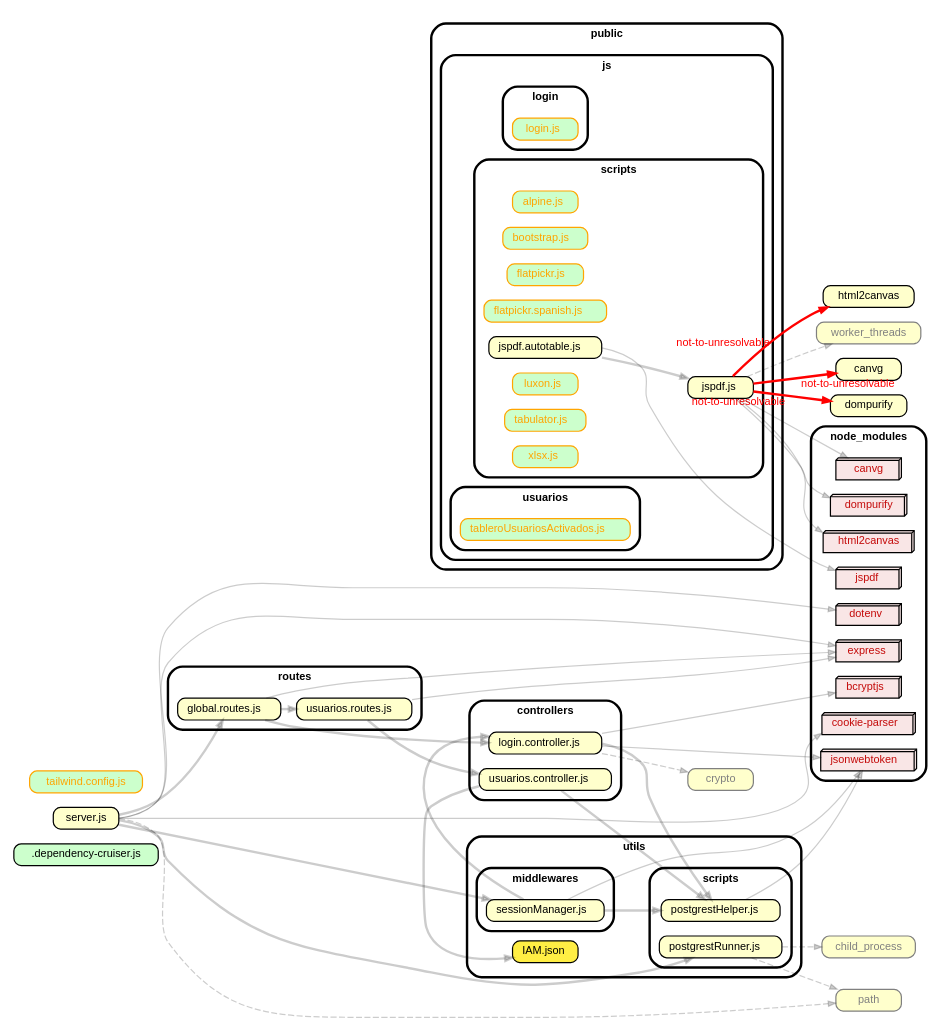
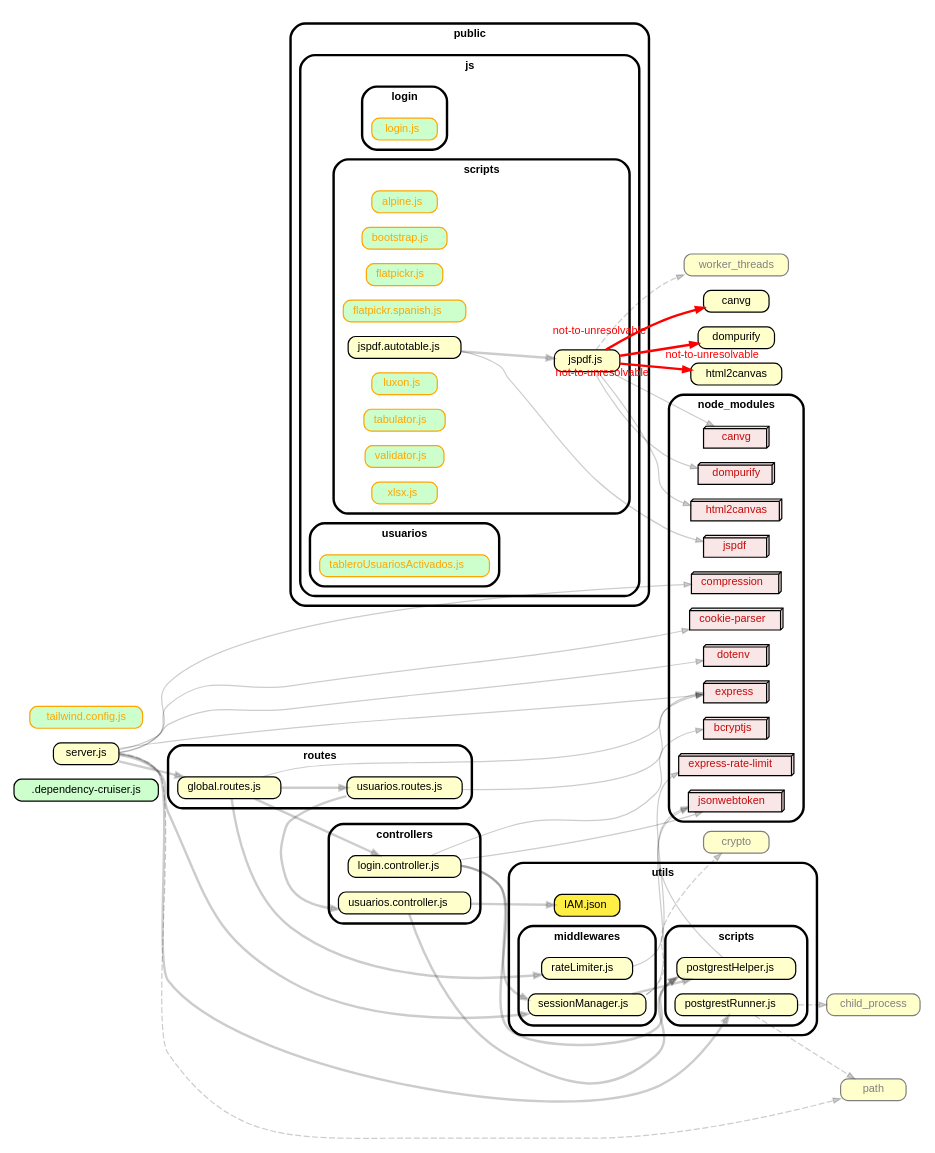
The diagram in docs/deps.dot (Sivoc-admon/Plataforma_RH), drawn with Graphviz before and after one commit. The commit also changed 14 other files, not shown here.

```diff
--- a/docs/deps.dot
+++ b/docs/deps.dot
@@ -1,77 +1,84 @@
 strict digraph "dependency-cruiser output"{
     rankdir="LR" splines="true" overlap="false" nodesep="0.16" ranksep="0.18" fontname="Helvetica-bold" fontsize="9" style="rounded,bold,filled" fillcolor="#ffffff" compound="true"
     node [shape="box" style="rounded, filled" height="0.2" color="black" fillcolor="#ffffcc" fontcolor="black" fontname="Helvetica" fontsize="9"]
     edge [arrowhead="normal" arrowsize="0.6" penwidth="2.0" color="#00000033" fontname="Helvetica" fontsize="9"]
 
     ".dependency-cruiser.js" [label=<.dependency-cruiser.js> tooltip=".dependency-cruiser.js" URL=".dependency-cruiser.js" fillcolor="#ccffcc"]
     "canvg" [label=<canvg> tooltip="canvg" ]
     "child_process" [label=<child_process> tooltip="child_process" URL="https://nodejs.org/api/child_process.html" color="grey" fontcolor="grey"]
     subgraph "cluster_controllers" {label="controllers" "controllers/login.controller.js" [label=<login.controller.js> tooltip="login.controller.js" URL="controllers/login.controller.js" ] }
+    "controllers/login.controller.js" -> "utils/middlewares/sessionManager.js"
     "controllers/login.controller.js" -> "utils/scripts/postgrestHelper.js"
     "controllers/login.controller.js" -> "node_modules/bcryptjs" [penwidth="1.0"]
-    "controllers/login.controller.js" -> "crypto" [style="dashed" penwidth="1.0"]
     "controllers/login.controller.js" -> "node_modules/jsonwebtoken" [penwidth="1.0"]
     subgraph "cluster_controllers" {label="controllers" "controllers/usuarios.controller.js" [label=<usuarios.controller.js> tooltip="usuarios.controller.js" URL="controllers/usuarios.controller.js" ] }
     "controllers/usuarios.controller.js" -> "utils/IAM.json"
     "controllers/usuarios.controller.js" -> "utils/scripts/postgrestHelper.js"
     "crypto" [label=<crypto> tooltip="crypto" URL="https://nodejs.org/api/crypto.html" color="grey" fontcolor="grey"]
     "dompurify" [label=<dompurify> tooltip="dompurify" ]
     "html2canvas" [label=<html2canvas> tooltip="html2canvas" ]
     subgraph "cluster_node_modules" {label="node_modules" "node_modules/bcryptjs" [label=<bcryptjs> tooltip="bcryptjs" URL="https://www.npmjs.com/package/bcryptjs" shape="box3d" fillcolor="#c40b0a1a" fontcolor="#c40b0a"] }
     subgraph "cluster_node_modules" {label="node_modules" "node_modules/canvg" [label=<canvg> tooltip="canvg" URL="https://www.npmjs.com/package/canvg" shape="box3d" fillcolor="#c40b0a1a" fontcolor="#c40b0a"] }
+    subgraph "cluster_node_modules" {label="node_modules" "node_modules/compression" [label=<compression> tooltip="compression" URL="https://www.npmjs.com/package/compression" shape="box3d" fillcolor="#c40b0a1a" fontcolor="#c40b0a"] }
     subgraph "cluster_node_modules" {label="node_modules" "node_modules/cookie-parser" [label=<cookie-parser> tooltip="cookie-parser" URL="https://www.npmjs.com/package/cookie-parser" shape="box3d" fillcolor="#c40b0a1a" fontcolor="#c40b0a"] }
     subgraph "cluster_node_modules" {label="node_modules" "node_modules/dompurify" [label=<dompurify> tooltip="dompurify" URL="https://www.npmjs.com/package/dompurify" shape="box3d" fillcolor="#c40b0a1a" fontcolor="#c40b0a"] }
     subgraph "cluster_node_modules" {label="node_modules" "node_modules/dotenv" [label=<dotenv> tooltip="dotenv" URL="https://www.npmjs.com/package/dotenv" shape="box3d" fillcolor="#c40b0a1a" fontcolor="#c40b0a"] }
     subgraph "cluster_node_modules" {label="node_modules" "node_modules/express" [label=<express> tooltip="express" URL="https://www.npmjs.com/package/express" shape="box3d" fillcolor="#c40b0a1a" fontcolor="#c40b0a"] }
+    subgraph "cluster_node_modules" {label="node_modules" "node_modules/express-rate-limit" [label=<express-rate-limit> tooltip="express-rate-limit" URL="https://www.npmjs.com/package/express-rate-limit" shape="box3d" fillcolor="#c40b0a1a" fontcolor="#c40b0a"] }
     subgraph "cluster_node_modules" {label="node_modules" "node_modules/html2canvas" [label=<html2canvas> tooltip="html2canvas" URL="https://www.npmjs.com/package/html2canvas" shape="box3d" fillcolor="#c40b0a1a" fontcolor="#c40b0a"] }
     subgraph "cluster_node_modules" {label="node_modules" "node_modules/jsonwebtoken" [label=<jsonwebtoken> tooltip="jsonwebtoken" URL="https://www.npmjs.com/package/jsonwebtoken" shape="box3d" fillcolor="#c40b0a1a" fontcolor="#c40b0a"] }
     subgraph "cluster_node_modules" {label="node_modules" "node_modules/jspdf" [label=<jspdf> tooltip="jspdf" URL="https://www.npmjs.com/package/jspdf" shape="box3d" fillcolor="#c40b0a1a" fontcolor="#c40b0a"] }
     "path" [label=<path> tooltip="path" URL="https://nodejs.org/api/path.html" color="grey" fontcolor="grey"]
     subgraph "cluster_public" {label="public" subgraph "cluster_public/js" {label="js" subgraph "cluster_public/js/login" {label="login" "public/js/login/login.js" [label=<login.js> tooltip="no-orphans" URL="public/js/login/login.js" fillcolor="#ccffcc" fontcolor="orange" color="orange"] } } }
     subgraph "cluster_public" {label="public" subgraph "cluster_public/js" {label="js" subgraph "cluster_public/js/scripts" {label="scripts" "public/js/scripts/alpine.js" [label=<alpine.js> tooltip="no-orphans" URL="public/js/scripts/alpine.js" fillcolor="#ccffcc" fontcolor="orange" color="orange"] } } }
     subgraph "cluster_public" {label="public" subgraph "cluster_public/js" {label="js" subgraph "cluster_public/js/scripts" {label="scripts" "public/js/scripts/bootstrap.js" [label=<bootstrap.js> tooltip="no-orphans" URL="public/js/scripts/bootstrap.js" fillcolor="#ccffcc" fontcolor="orange" color="orange"] } } }
     subgraph "cluster_public" {label="public" subgraph "cluster_public/js" {label="js" subgraph "cluster_public/js/scripts" {label="scripts" "public/js/scripts/flatpickr.js" [label=<flatpickr.js> tooltip="no-orphans" URL="public/js/scripts/flatpickr.js" fillcolor="#ccffcc" fontcolor="orange" color="orange"] } } }
     subgraph "cluster_public" {label="public" subgraph "cluster_public/js" {label="js" subgraph "cluster_public/js/scripts" {label="scripts" "public/js/scripts/flatpickr.spanish.js" [label=<flatpickr.spanish.js> tooltip="no-orphans" URL="public/js/scripts/flatpickr.spanish.js" fillcolor="#ccffcc" fontcolor="orange" color="orange"] } } }
     subgraph "cluster_public" {label="public" subgraph "cluster_public/js" {label="js" subgraph "cluster_public/js/scripts" {label="scripts" "public/js/scripts/jspdf.autotable.js" [label=<jspdf.autotable.js> tooltip="jspdf.autotable.js" URL="public/js/scripts/jspdf.autotable.js" ] } } }
     "public/js/scripts/jspdf.autotable.js" -> "public/js/scripts/jspdf.js"
     "public/js/scripts/jspdf.autotable.js" -> "node_modules/jspdf" [penwidth="1.0"]
     subgraph "cluster_public" {label="public" subgraph "cluster_public/js" {label="js" subgraph "cluster_public/js/scripts" {label="scripts" "public/js/scripts/jspdf.js" [label=<jspdf.js> tooltip="jspdf.js" URL="public/js/scripts/jspdf.js" ] } } }
     "public/js/scripts/jspdf.js" -> "canvg" [xlabel="not-to-unresolvable" tooltip="not-to-unresolvable" fontcolor="red" color="red"]
     "public/js/scripts/jspdf.js" -> "node_modules/canvg" [penwidth="1.0"]
     "public/js/scripts/jspdf.js" -> "dompurify" [xlabel="not-to-unresolvable" tooltip="not-to-unresolvable" fontcolor="red" color="red"]
     "public/js/scripts/jspdf.js" -> "node_modules/dompurify" [penwidth="1.0"]
     "public/js/scripts/jspdf.js" -> "html2canvas" [xlabel="not-to-unresolvable" tooltip="not-to-unresolvable" fontcolor="red" color="red"]
     "public/js/scripts/jspdf.js" -> "node_modules/html2canvas" [penwidth="1.0"]
     "public/js/scripts/jspdf.js" -> "worker_threads" [style="dashed" penwidth="1.0"]
     subgraph "cluster_public" {label="public" subgraph "cluster_public/js" {label="js" subgraph "cluster_public/js/scripts" {label="scripts" "public/js/scripts/luxon.js" [label=<luxon.js> tooltip="no-orphans" URL="public/js/scripts/luxon.js" fillcolor="#ccffcc" fontcolor="orange" color="orange"] } } }
     subgraph "cluster_public" {label="public" subgraph "cluster_public/js" {label="js" subgraph "cluster_public/js/scripts" {label="scripts" "public/js/scripts/tabulator.js" [label=<tabulator.js> tooltip="no-orphans" URL="public/js/scripts/tabulator.js" fillcolor="#ccffcc" fontcolor="orange" color="orange"] } } }
+    subgraph "cluster_public" {label="public" subgraph "cluster_public/js" {label="js" subgraph "cluster_public/js/scripts" {label="scripts" "public/js/scripts/validator.js" [label=<validator.js> tooltip="no-orphans" URL="public/js/scripts/validator.js" fillcolor="#ccffcc" fontcolor="orange" color="orange"] } } }
     subgraph "cluster_public" {label="public" subgraph "cluster_public/js" {label="js" subgraph "cluster_public/js/scripts" {label="scripts" "public/js/scripts/xlsx.js" [label=<xlsx.js> tooltip="no-orphans" URL="public/js/scripts/xlsx.js" fillcolor="#ccffcc" fontcolor="orange" color="orange"] } } }
     subgraph "cluster_public" {label="public" subgraph "cluster_public/js" {label="js" subgraph "cluster_public/js/usuarios" {label="usuarios" "public/js/usuarios/tableroUsuariosActivados.js" [label=<tableroUsuariosActivados.js> tooltip="no-orphans" URL="public/js/usuarios/tableroUsuariosActivados.js" fillcolor="#ccffcc" fontcolor="orange" color="orange"] } } }
     subgraph "cluster_routes" {label="routes" "routes/global.routes.js" [label=<global.routes.js> tooltip="global.routes.js" URL="routes/global.routes.js" ] }
     "routes/global.routes.js" -> "controllers/login.controller.js"
+    "routes/global.routes.js" -> "utils/middlewares/rateLimiter.js"
     "routes/global.routes.js" -> "routes/usuarios.routes.js"
     "routes/global.routes.js" -> "node_modules/express" [penwidth="1.0"]
     subgraph "cluster_routes" {label="routes" "routes/usuarios.routes.js" [label=<usuarios.routes.js> tooltip="usuarios.routes.js" URL="routes/usuarios.routes.js" ] }
     "routes/usuarios.routes.js" -> "controllers/usuarios.controller.js"
     "routes/usuarios.routes.js" -> "node_modules/express" [penwidth="1.0"]
     "server.js" [label=<server.js> tooltip="server.js" URL="server.js" ]
     "server.js" -> "routes/global.routes.js"
     "server.js" -> "utils/middlewares/sessionManager.js"
     "server.js" -> "utils/scripts/postgrestRunner.js"
+    "server.js" -> "node_modules/compression" [penwidth="1.0"]
     "server.js" -> "node_modules/cookie-parser" [penwidth="1.0"]
     "server.js" -> "node_modules/dotenv" [penwidth="1.0"]
     "server.js" -> "node_modules/express" [penwidth="1.0"]
     "server.js" -> "path" [style="dashed" penwidth="1.0"]
     "tailwind.config.js" [label=<tailwind.config.js> tooltip="no-orphans" URL="tailwind.config.js" fillcolor="#ccffcc" fontcolor="orange" color="orange"]
     subgraph "cluster_utils" {label="utils" "utils/IAM.json" [label=<IAM.json> tooltip="IAM.json" URL="utils/IAM.json" fillcolor="#ffee44"] }
+    subgraph "cluster_utils" {label="utils" subgraph "cluster_utils/middlewares" {label="middlewares" "utils/middlewares/rateLimiter.js" [label=<rateLimiter.js> tooltip="rateLimiter.js" URL="utils/middlewares/rateLimiter.js" ] } }
+    "utils/middlewares/rateLimiter.js" -> "node_modules/express-rate-limit" [penwidth="1.0"]
     subgraph "cluster_utils" {label="utils" subgraph "cluster_utils/middlewares" {label="middlewares" "utils/middlewares/sessionManager.js" [label=<sessionManager.js> tooltip="sessionManager.js" URL="utils/middlewares/sessionManager.js" ] } }
-    "utils/middlewares/sessionManager.js" -> "controllers/login.controller.js"
     "utils/middlewares/sessionManager.js" -> "utils/scripts/postgrestHelper.js"
+    "utils/middlewares/sessionManager.js" -> "crypto" [style="dashed" penwidth="1.0"]
     "utils/middlewares/sessionManager.js" -> "node_modules/jsonwebtoken" [penwidth="1.0"]
     subgraph "cluster_utils" {label="utils" subgraph "cluster_utils/scripts" {label="scripts" "utils/scripts/postgrestHelper.js" [label=<postgrestHelper.js> tooltip="postgrestHelper.js" URL="utils/scripts/postgrestHelper.js" ] } }
     "utils/scripts/postgrestHelper.js" -> "node_modules/jsonwebtoken" [penwidth="1.0"]
     subgraph "cluster_utils" {label="utils" subgraph "cluster_utils/scripts" {label="scripts" "utils/scripts/postgrestRunner.js" [label=<postgrestRunner.js> tooltip="postgrestRunner.js" URL="utils/scripts/postgrestRunner.js" ] } }
     "utils/scripts/postgrestRunner.js" -> "child_process" [style="dashed" penwidth="1.0"]
     "utils/scripts/postgrestRunner.js" -> "path" [style="dashed" penwidth="1.0"]
     "worker_threads" [label=<worker_threads> tooltip="worker_threads" URL="https://nodejs.org/api/worker_threads.html" color="grey" fontcolor="grey"]
 }
```
